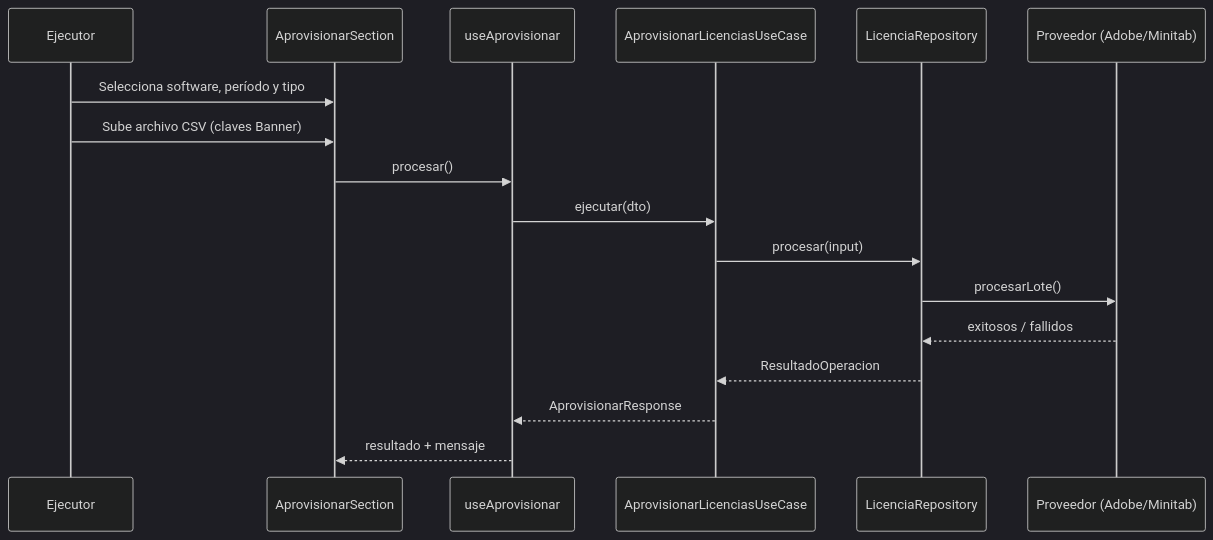
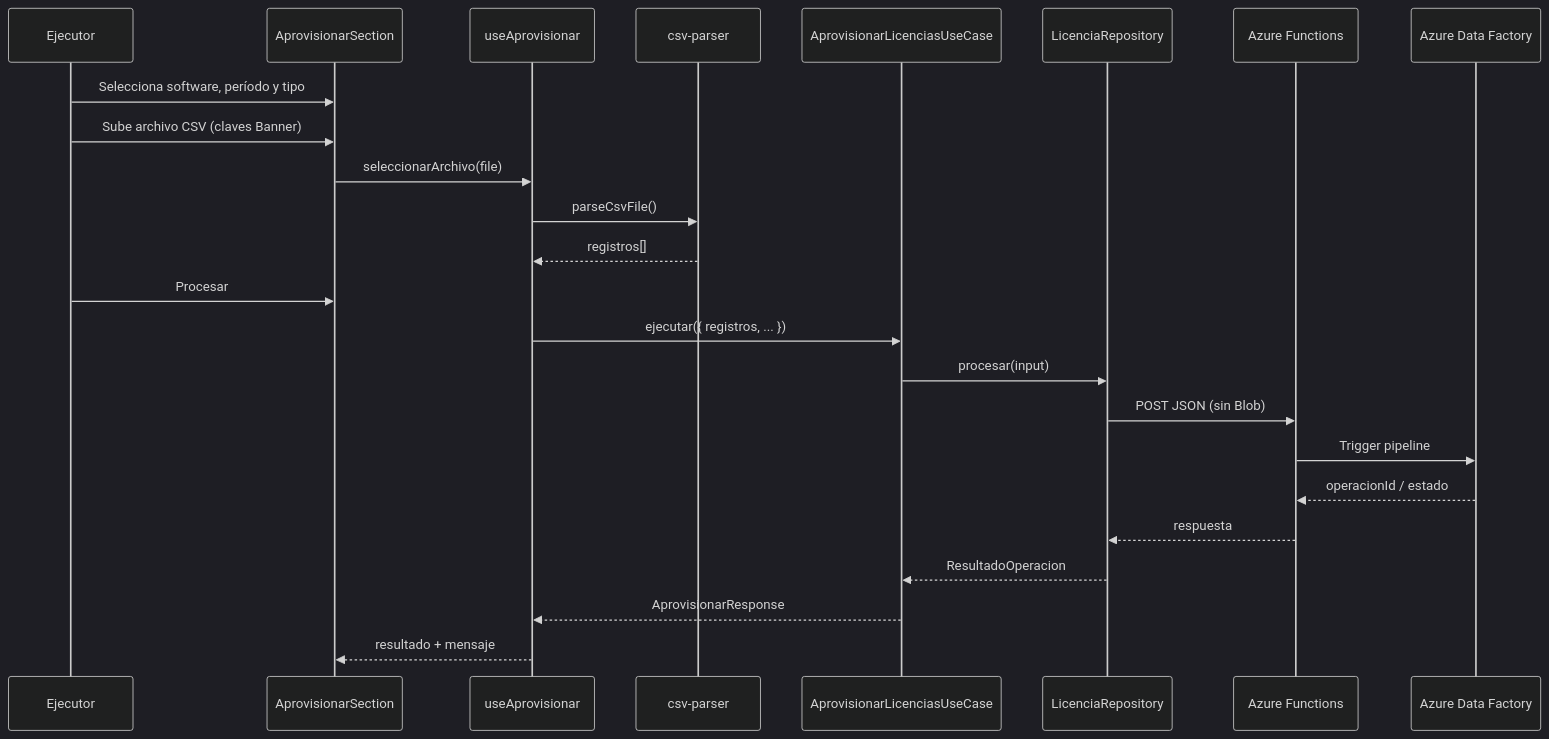
One commit to miguelgr716playful/AutomatizacionLicencias changed the third of 5 diagrams in docs/ARQUITECTURA.md. Above: the diagram before and after it, drawn with Mermaid (dark theme). The commit also changed other lines of this file and 17 other files, not shown here.

````diff
--- a/docs/ARQUITECTURA.md
+++ b/docs/ARQUITECTURA.md
@@ -195,20 +225,27 @@
 ```mermaid
 sequenceDiagram
     participant U as Ejecutor
     participant UI as AprovisionarSection
     participant Hook as useAprovisionar
+    participant Parser as csv-parser
     participant UC as AprovisionarLicenciasUseCase
     participant Repo as LicenciaRepository
-    participant Prov as Proveedor (Adobe/Minitab)
+    participant Fn as Azure Functions
+    participant ADF as Azure Data Factory
 
     U->>UI: Selecciona software, período y tipo
     U->>UI: Sube archivo CSV (claves Banner)
-    UI->>Hook: procesar()
-    Hook->>UC: ejecutar(dto)
+    UI->>Hook: seleccionarArchivo(file)
+    Hook->>Parser: parseCsvFile()
+    Parser-->>Hook: registros[]
+    U->>UI: Procesar
+    Hook->>UC: ejecutar({ registros, ... })
     UC->>Repo: procesar(input)
-    Repo->>Prov: procesarLote()
-    Prov-->>Repo: exitosos / fallidos
+    Repo->>Fn: POST JSON (sin Blob)
+    Fn->>ADF: Trigger pipeline
+    ADF-->>Fn: operacionId / estado
+    Fn-->>Repo: respuesta
     Repo-->>UC: ResultadoOperacion
     UC-->>Hook: AprovisionarResponse
     Hook-->>UI: resultado + mensaje
 ```
````
